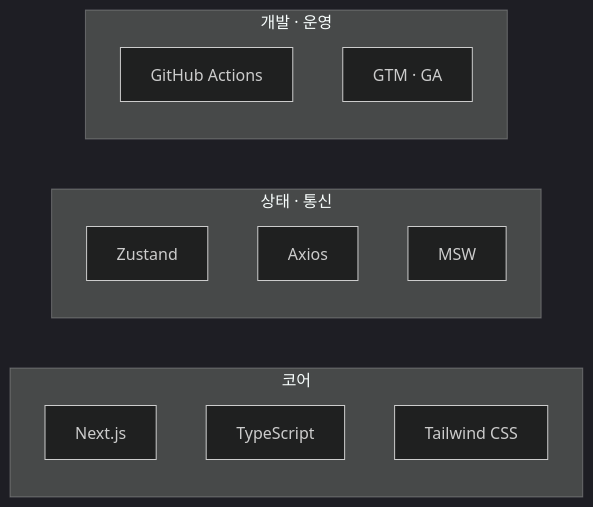
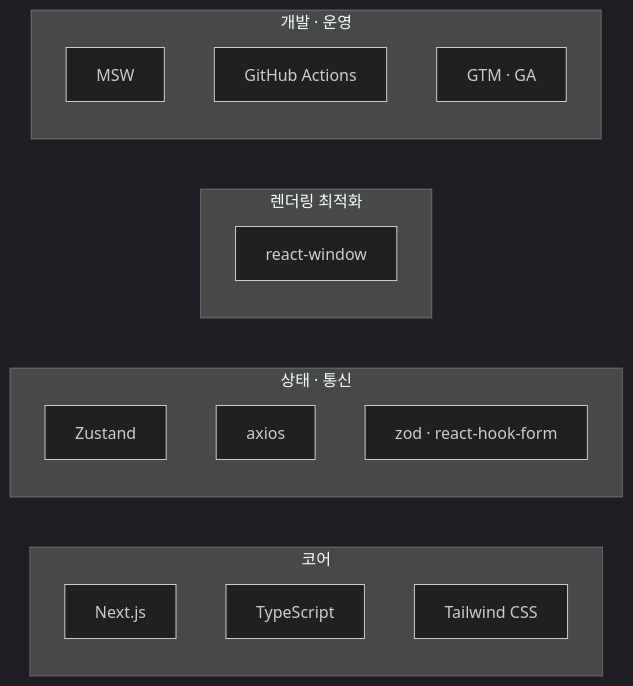
One commit to codefug/codefug.github.io changed the first of 3 diagrams in markdown/2024-12-25-project/ko/content.mdx. Above: the diagram before and after it, drawn with Mermaid (dark theme). The commit also changed 5 other files, not shown here.

````diff
--- a/markdown/2024-12-25-project/ko/content.mdx
+++ b/markdown/2024-12-25-project/ko/content.mdx
@@ -34,17 +34,21 @@
 ```mermaid
 flowchart LR
   subgraph core["코어"]
     A["Next.js"]
     B["TypeScript"]
     C["Tailwind CSS"]
   end
   subgraph data["상태 · 통신"]
     D["Zustand"]
-    E["Axios"]
-    F["MSW"]
+    E["axios"]
+    F["zod · react-hook-form"]
+  end
+  subgraph perf["렌더링 최적화"]
+    G["react-window"]
   end
   subgraph ops["개발 · 운영"]
-    G["GitHub Actions"]
-    H["GTM · GA"]
+    H["MSW"]
+    I["GitHub Actions"]
+    J["GTM · GA"]
   end
 ```
````
